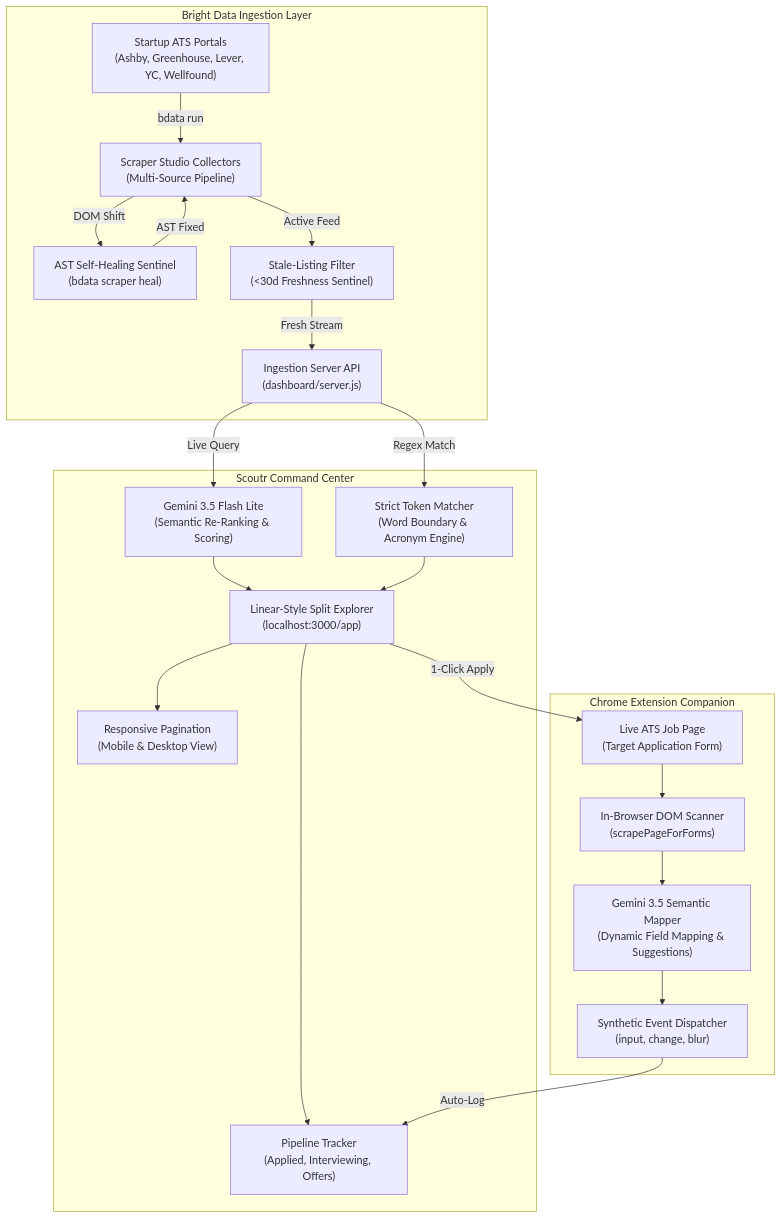
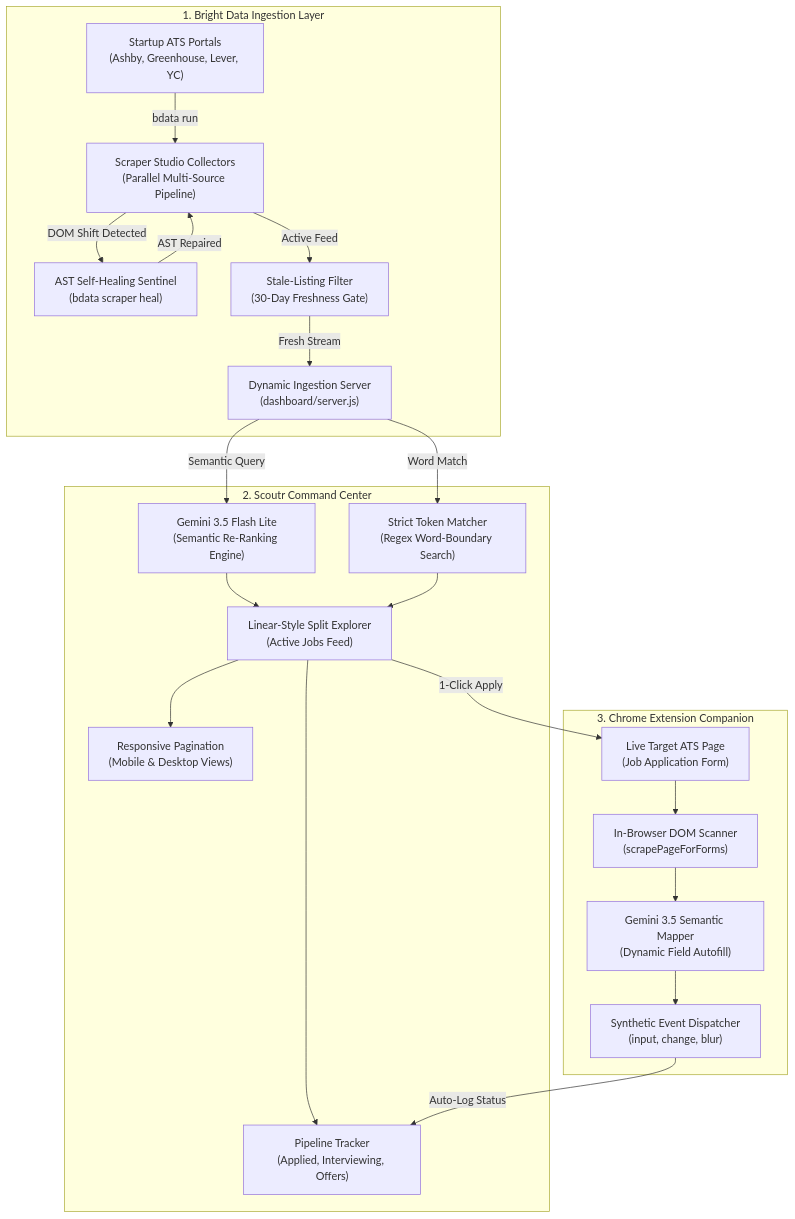
The diagram in README.md (wizardwithcodehazard/Scoutr), drawn with Mermaid before and after one commit.

Commit message:
docs: fix Mermaid diagram text clipping and unescaped angle brackets in README

````diff
--- a/README.md
+++ b/README.md
@@ -28,44 +28,44 @@
 ```mermaid
 flowchart TD
-    subgraph Discovery["Bright Data Ingestion Layer"]
-        A["Startup ATS Portals<br/>(Ashby, Greenhouse, Lever, YC, Wellfound)"]
-        B["Scraper Studio Collectors<br/>(Multi-Source Pipeline)"]
+    subgraph Discovery["1. Bright Data Ingestion Layer"]
+        A["Startup ATS Portals<br/>(Ashby, Greenhouse, Lever, YC)"]
+        B["Scraper Studio Collectors<br/>(Parallel Multi-Source Pipeline)"]
         C["AST Self-Healing Sentinel<br/>(bdata scraper heal)"]
-        D["Stale-Listing Filter<br/>(<30d Freshness Sentinel)"]
-        E["Ingestion Server API<br/>(dashboard/server.js)"]
+        D["Stale-Listing Filter<br/>(30-Day Freshness Gate)"]
+        E["Dynamic Ingestion Server<br/>(dashboard/server.js)"]
     end
 
-    subgraph Command["Scoutr Command Center"]
-        F["Linear-Style Split Explorer<br/>(localhost:3000/app)"]
-        G["Gemini 3.5 Flash Lite<br/>(Semantic Re-Ranking & Scoring)"]
-        H["Strict Token Matcher<br/>(Word Boundary & Acronym Engine)"]
+    subgraph Command["2. Scoutr Command Center"]
+        F["Linear-Style Split Explorer<br/>(Active Jobs Feed)"]
+        G["Gemini 3.5 Flash Lite<br/>(Semantic Re-Ranking Engine)"]
+        H["Strict Token Matcher<br/>(Regex Word-Boundary Search)"]
         I["Pipeline Tracker<br/>(Applied, Interviewing, Offers)"]
-        J["Responsive Pagination<br/>(Mobile & Desktop View)"]
+        J["Responsive Pagination<br/>(Mobile & Desktop Views)"]
     end
 
-    subgraph Extension["Chrome Extension Companion"]
-        K["Live ATS Job Page<br/>(Target Application Form)"]
+    subgraph Extension["3. Chrome Extension Companion"]
+        K["Live Target ATS Page<br/>(Job Application Form)"]
         L["In-Browser DOM Scanner<br/>(scrapePageForForms)"]
-        M["Gemini 3.5 Semantic Mapper<br/>(Dynamic Field Mapping & Suggestions)"]
+        M["Gemini 3.5 Semantic Mapper<br/>(Dynamic Field Autofill)"]
         N["Synthetic Event Dispatcher<br/>(input, change, blur)"]
     end
 
     A -->|bdata run| B
-    B -->|DOM Shift| C
-    C -->|AST Fixed| B
+    B -->|DOM Shift Detected| C
+    C -->|AST Repaired| B
     B -->|Active Feed| D
     D -->|Fresh Stream| E
 
-    E -->|Live Query| G
-    E -->|Regex Match| H
+    E -->|Semantic Query| G
+    E -->|Word Match| H
     G --> F
     H --> F
     F --> I
     F --> J
 
     F -->|1-Click Apply| K
     K --> L
     L --> M
     M --> N
-    N -->|Auto-Log| I
+    N -->|Auto-Log Status| I
 ```
````
